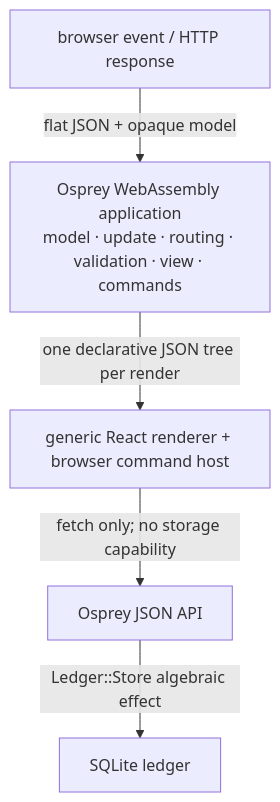
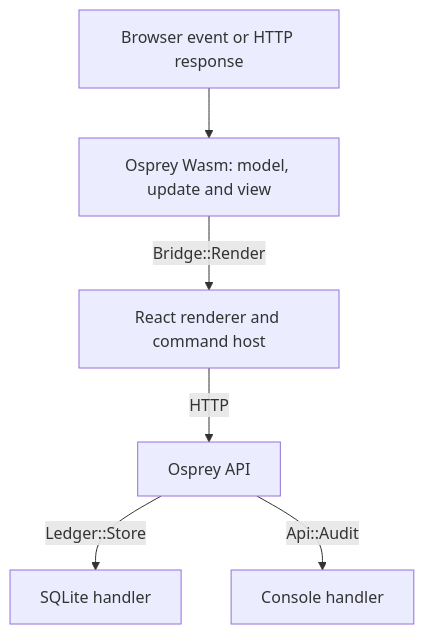
One commit to Nimblesite/osprey changed the diagram in examples/projects/modules/README.md. Above: the diagram before and after it, drawn with Mermaid. The commit also changed other lines of this file and 369 other files, not shown here.

````diff
--- a/examples/projects/modules/README.md
+++ b/examples/projects/modules/README.md
@@ -44,13 +58,8 @@
 ```mermaid
 flowchart TD
-    event["browser event / HTTP response"]
-    app["Osprey WebAssembly application<br/>model · update · routing · validation · view · commands"]
-    host["generic React renderer + browser command host"]
-    api["Osprey JSON API"]
-    db["SQLite ledger"]
-
-    event -->|"flat JSON + opaque model"| app
-    app -->|"one declarative JSON tree per render"| host
-    host -->|"fetch only; no storage capability"| api
-    api -->|"Ledger::Store algebraic effect"| db
+    event[Browser event or HTTP response] --> app[Osprey Wasm: model, update and view]
+    app -->|Bridge::Render| host[React renderer and command host]
+    host -->|HTTP| api[Osprey API]
+    api -->|Ledger::Store| storage[SQLite handler]
+    api -->|Api::Audit| audit[Console handler]
 ```
````
